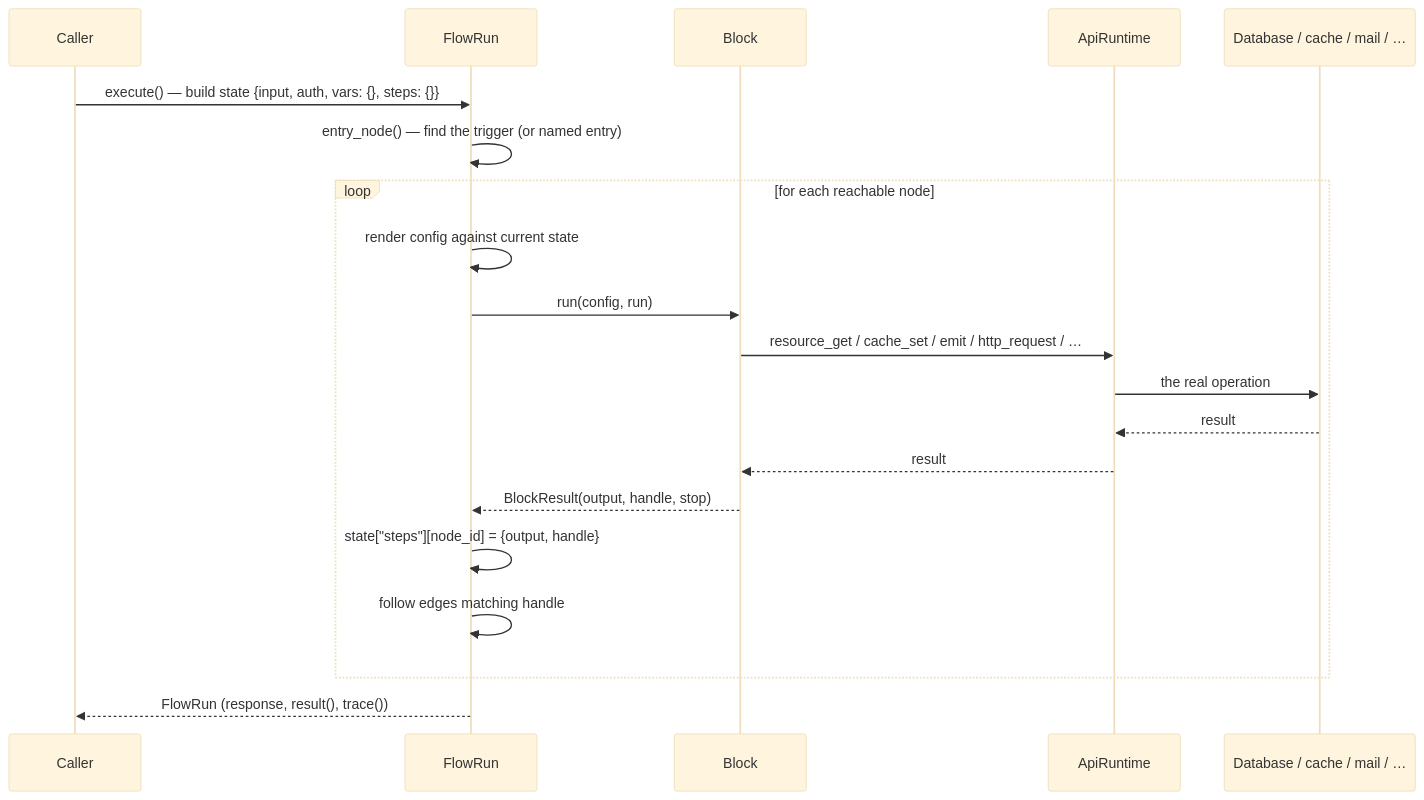
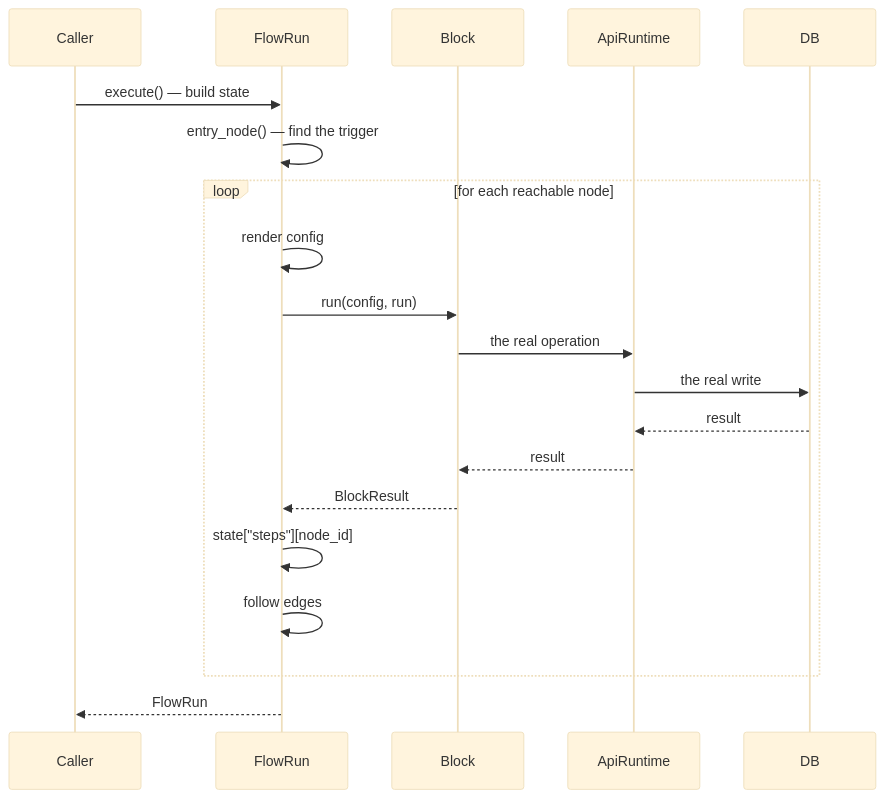
The fourth of 4 diagrams in apps/docs/flows/overview.mdx (sillohq/pawabase), drawn with Mermaid (base theme) before and after one commit. The commit also changed other lines of this file and 90 other files, not shown here.

````diff
--- a/apps/docs/flows/overview.mdx
+++ b/apps/docs/flows/overview.mdx
@@ -614,23 +259,22 @@
 ```mermaid
 sequenceDiagram
     participant Caller
     participant Engine as FlowRun
     participant Block
     participant Runtime as ApiRuntime
-    participant DB as Database / cache / mail / …
-
-    Caller->>Engine: execute() — build state {input, auth, vars: {}, steps: {}}
-    Engine->>Engine: entry_node() — find the trigger (or named entry)
+    participant DB
+    Caller->>Engine: execute() — build state
+    Engine->>Engine: entry_node() — find the trigger
     loop for each reachable node
-        Engine->>Engine: render config against current state
+        Engine->>Engine: render config
         Engine->>Block: run(config, run)
-        Block->>Runtime: resource_get / cache_set / emit / http_request / …
-        Runtime->>DB: the real operation
+        Block->>Runtime: the real operation
+        Runtime->>DB: the real write
         DB-->>Runtime: result
         Runtime-->>Block: result
-        Block-->>Engine: BlockResult(output, handle, stop)
-        Engine->>Engine: state["steps"][node_id] = {output, handle}
-        Engine->>Engine: follow edges matching handle
+        Block-->>Engine: BlockResult
+        Engine->>Engine: state["steps"][node_id]
+        Engine->>Engine: follow edges
     end
-    Engine-->>Caller: FlowRun (response, result(), trace())
+    Engine-->>Caller: FlowRun
 ```
````
